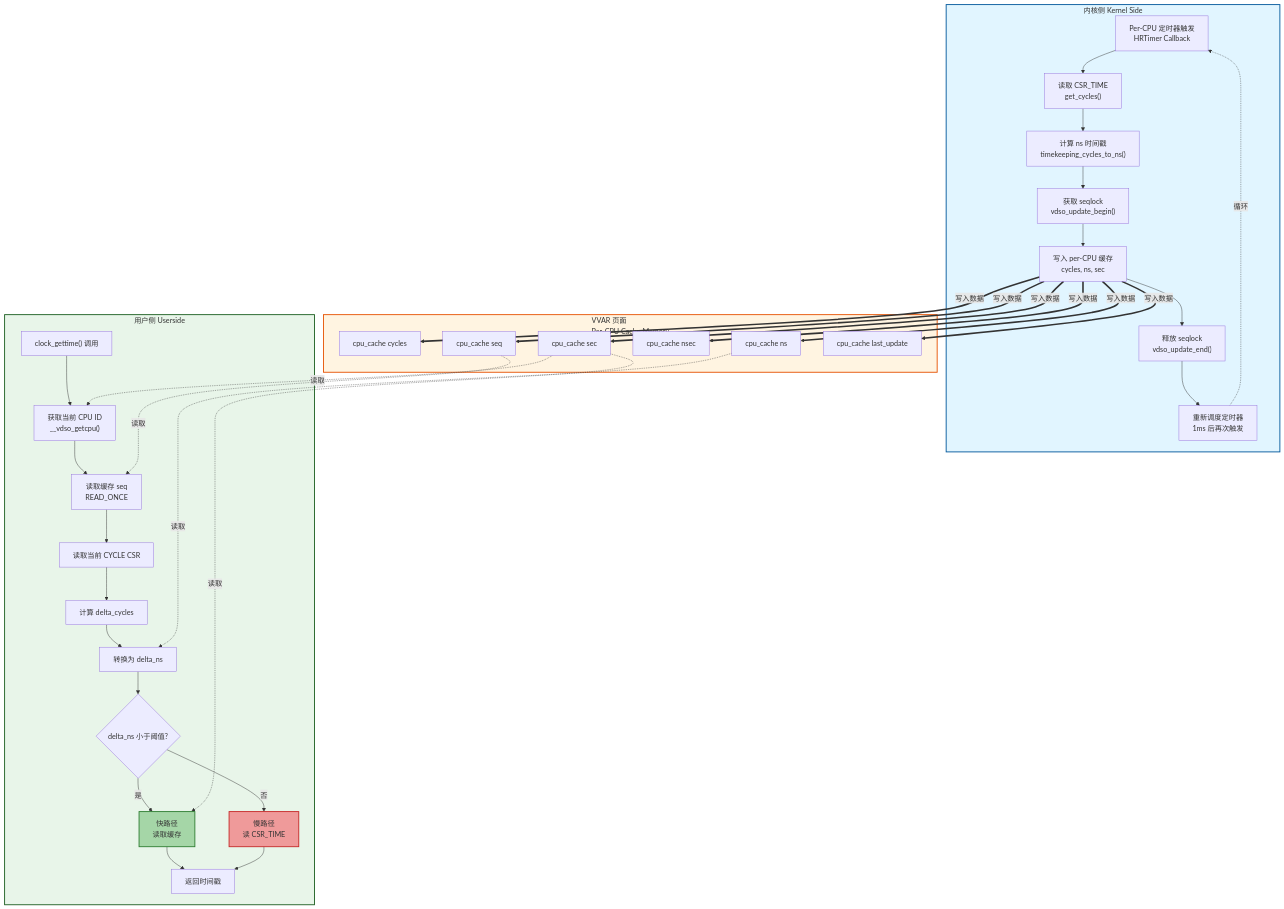
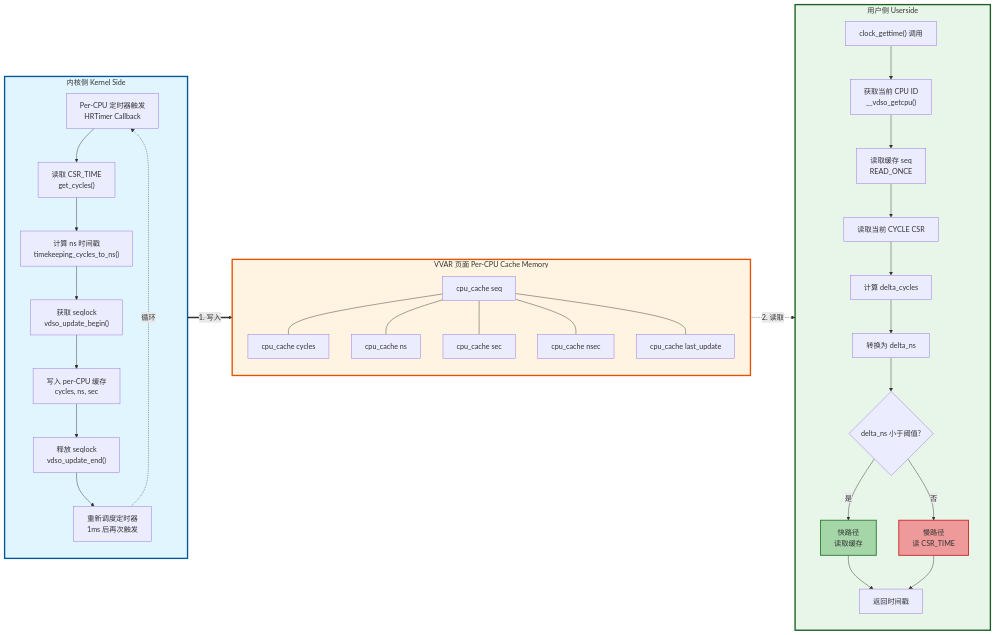
Before and after one commit to zcxGGmu/linux-riscv-docs: the eighth of 8 diagrams in kernel/vdso/res/cc-glm/use-subagents/RISC-V_vDSO_时间戳缓存优化方案_完整版.md, drawn with Mermaid. The commit also changed other lines of this file, not shown here.

Commit message:
docs: rearrange A.3 data flow diagram to horizontal layout
Change to horizontal layout with three separate sections:
- Main layout: LR (left-right) for horizontal arrangement
- Each subgraph: TB (top-bottom) for internal vertical flow
- Three sections now span horizontally: Kernel | VVAR | User
- Simplified cross-section connections for clarity
- Increased border width to 3px for better visibility
- Added data flow explanation below diagram

This makes each major section occupy its own row visually
while maintaining clear data flow from left to right.

````diff
--- a/kernel/vdso/res/cc-glm/use-subagents/RISC-V_vDSO_时间戳缓存优化方案_完整版.md
+++ b/kernel/vdso/res/cc-glm/use-subagents/RISC-V_vDSO_时间戳缓存优化方案_完整版.md
@@ -1623,63 +1623,62 @@
 ```mermaid
-flowchart TB
+flowchart LR
     subgraph KERNEL["内核侧 Kernel Side"]
+        direction TB
         K1["Per-CPU 定时器触发<br/>HRTimer Callback"]
         K2["读取 CSR_TIME<br/>get_cycles()"]
         K3["计算 ns 时间戳<br/>timekeeping_cycles_to_ns()"]
         K4["获取 seqlock<br/>vdso_update_begin()"]
         K5["写入 per-CPU 缓存<br/>cycles, ns, sec"]
         K6["释放 seqlock<br/>vdso_update_end()"]
         K7["重新调度定时器<br/>1ms 后再次触发"]
 
         K1 --> K2 --> K3 --> K4 --> K5 --> K6 --> K7
         K7 -.->|循环| K1
     end
 
-    subgraph VVAR["VVAR 页面<br/>Per-CPU Cache Memory"]
+    subgraph VVAR["VVAR 页面 Per-CPU Cache Memory"]
+        direction TB
         V1["cpu_cache cycles"]
         V2["cpu_cache ns"]
         V3["cpu_cache sec"]
         V4["cpu_cache nsec"]
         V5["cpu_cache seq"]
         V6["cpu_cache last_update"]
+
+        V5 --- V1
+        V5 --- V2
+        V5 --- V3
+        V5 --- V4
+        V5 --- V6
     end
 
     subgraph USER["用户侧 Userside"]
+        direction TB
         U1["clock_gettime() 调用"]
         U2["获取当前 CPU ID<br/>__vdso_getcpu()"]
         U3["读取缓存 seq<br/>READ_ONCE"]
         U4["读取当前 CYCLE CSR"]
         U5["计算 delta_cycles"]
         U6["转换为 delta_ns"]
         U7{delta_ns 小于阈值?}
         U8["快路径<br/>读取缓存"]
         U9["慢路径<br/>读 CSR_TIME"]
         U10["返回时间戳"]
 
         U1 --> U2 --> U3 --> U4 --> U5 --> U6 --> U7
         U7 -->|是| U8
         U7 -->|否| U9
         U8 --> U10
         U9 --> U10
     end
 
-    %% 内核到 VVAR 的数据流（竖直）
-    K5 ==>|写入数据| V1
-    K5 ==>|写入数据| V2
-    K5 ==>|写入数据| V3
-    K5 ==>|写入数据| V4
-    K5 ==>|写入数据| V5
-    K5 ==>|写入数据| V6
+    %% 数据流：左到右
+    KERNEL ==>|1. 写入| VVAR
+    VVAR -.->|2. 读取| USER
 
-    %% VVAR 到用户的数据流（竖直）
-    V3 -.->|读取| U2
-    V5 -.->|读取| U3
-    V2 -.->|读取| U6
-    V3 -.->|读取| U8
-
-    style KERNEL fill:#e1f5ff,stroke:#01579b,stroke-width:2px
-    style VVAR fill:#fff4e1,stroke:#e65100,stroke-width:2px
-    style USER fill:#e8f5e9,stroke:#1b5e20,stroke-width:2px
+    style KERNEL fill:#e1f5ff,stroke:#01579b,stroke-width:3px
+    style VVAR fill:#fff4e1,stroke:#e65100,stroke-width:3px
+    style USER fill:#e8f5e9,stroke:#1b5e20,stroke-width:3px
     style U8 fill:#a5d6a7,stroke:#2e7d32,stroke-width:2px
     style U9 fill:#ef9a9a,stroke:#c62828,stroke-width:2px
 ```
````
